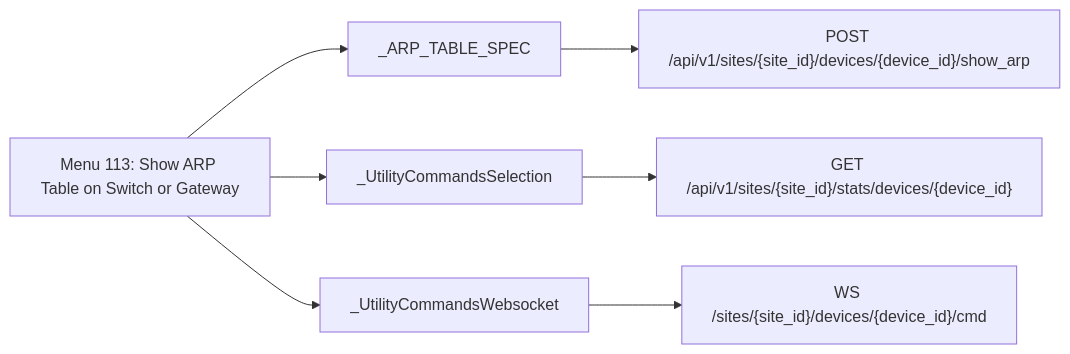
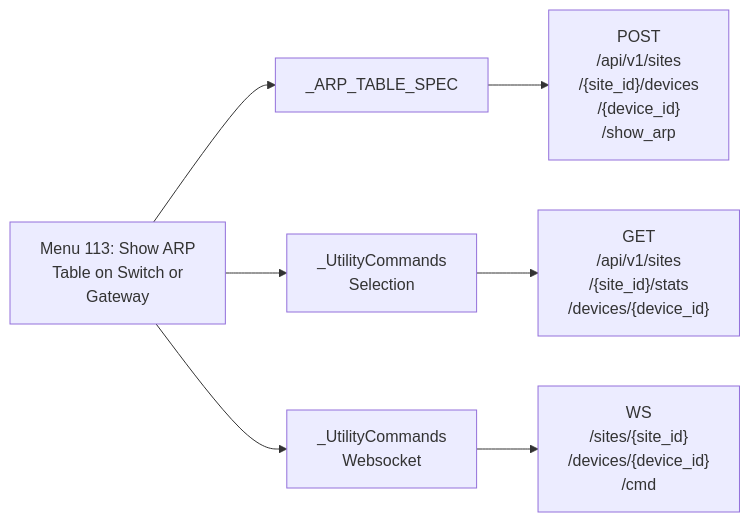
Diagram 13 of 23 in documentation/menu-api/websocket.md (jmorrison-juniper/MistHelper), drawn with Mermaid before and after one commit. The commit also changed other lines of this file and 19 other files, not shown here.

First line of the commit message:
docs(menu-api): fit the Mermaid diagrams to the wiki column

````diff
--- a/documentation/menu-api/websocket.md
+++ b/documentation/menu-api/websocket.md
@@ -393,10 +301,10 @@
 ```mermaid
 flowchart LR
-    menu["Menu 113: Show ARP Table on Switch or Gateway"]
+    menu["Menu 113: Show ARP<br/>Table on Switch or<br/>Gateway"]
     menu --> c1["_ARP_TABLE_SPEC"]
-    c1 --> e1["POST /api/v1/sites/{site_id}/devices/{device_id}/show_arp"]
-    menu --> c2["_UtilityCommandsSelection"]
-    c2 --> e2["GET /api/v1/sites/{site_id}/stats/devices/{device_id}"]
-    menu --> c3["_UtilityCommandsWebsocket"]
-    c3 --> e3["WS /sites/{site_id}/devices/{device_id}/cmd"]
+    c1 --> e1["POST<br/>/api/v1/sites<br/>/{site_id}/devices<br/>/{device_id}<br/>/show_arp"]
+    menu --> c2["_UtilityCommands<br/>Selection"]
+    c2 --> e2["GET<br/>/api/v1/sites<br/>/{site_id}/stats<br/>/devices/{device_id}"]
+    menu --> c3["_UtilityCommands<br/>Websocket"]
+    c3 --> e3["WS<br/>/sites/{site_id}<br/>/devices/{device_id}<br/>/cmd"]
 ```
````
